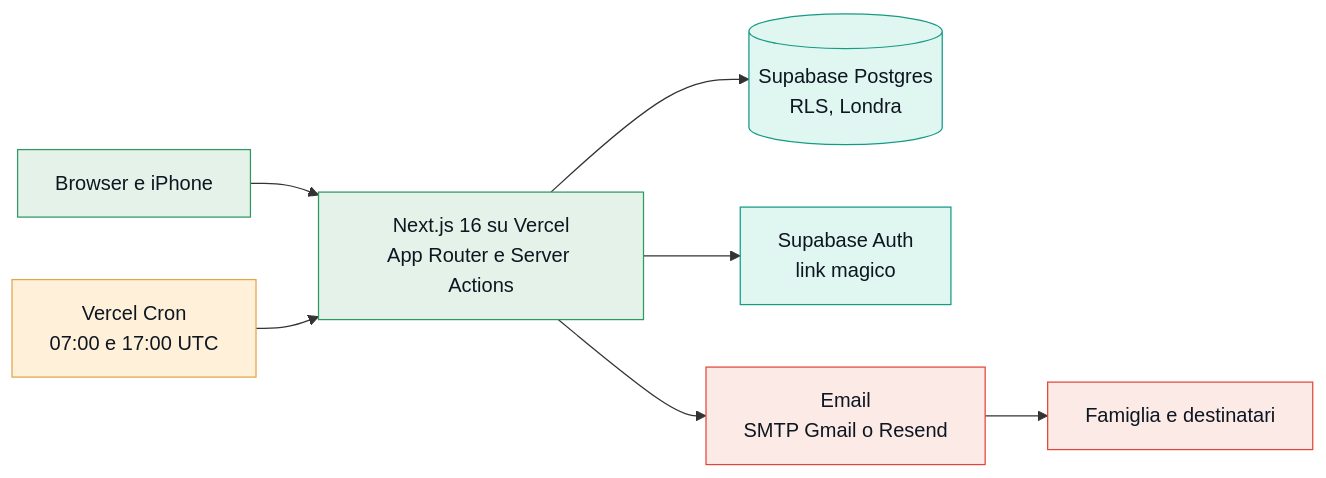
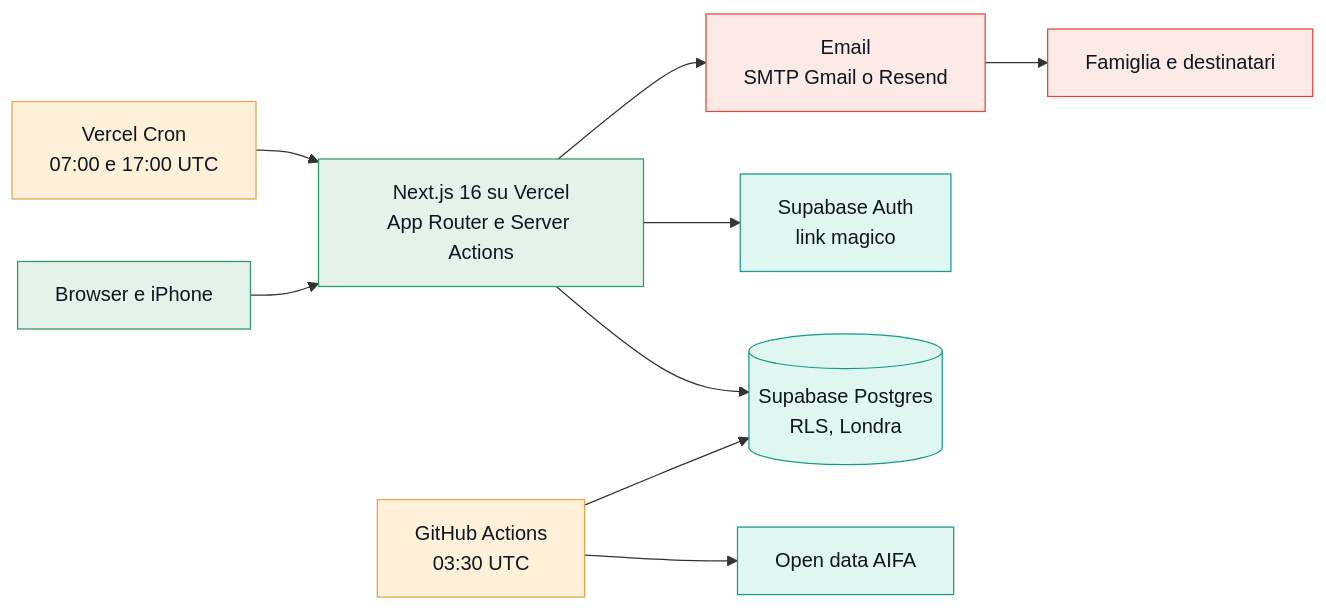
Before and after one commit to vivri161803/panoramix: the diagram in README.md, drawn with Mermaid. The commit also changed other lines of this file and 38 other files, not shown here.

````diff
--- a/README.md
+++ b/README.md
@@ -79,18 +86,21 @@
 ```mermaid
 flowchart LR
   U["Browser e iPhone"] --> N["Next.js 16 su Vercel<br/>App Router e Server Actions"]
   N --> DB[("Supabase Postgres<br/>RLS, Londra")]
   N --> AU["Supabase Auth<br/>link magico"]
   CR["Vercel Cron<br/>07:00 e 17:00 UTC"] --> N
+  GA["GitHub Actions<br/>03:30 UTC"] --> AIFA["Open data AIFA"]
+  GA --> DB
   N --> EM["Email<br/>SMTP Gmail o Resend"]
   EM --> F["Famiglia e destinatari"]
 
   classDef app fill:#e4f2ea,stroke:#2e9a63,color:#0e1620
   classDef data fill:#dff6f1,stroke:#159a86,color:#0e1620
   classDef job fill:#fff0d9,stroke:#e3a54a,color:#0e1620
   classDef mail fill:#fceae7,stroke:#e2463a,color:#0e1620
   class U,N app
   class DB,AU data
-  class CR job
+  class CR,GA job
+  class AIFA data
   class EM,F mail
 ```
````
